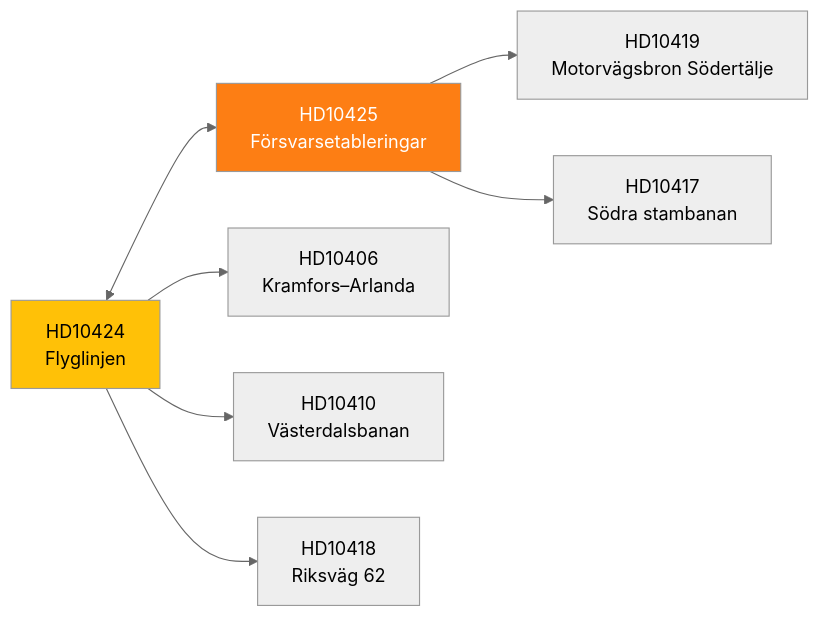
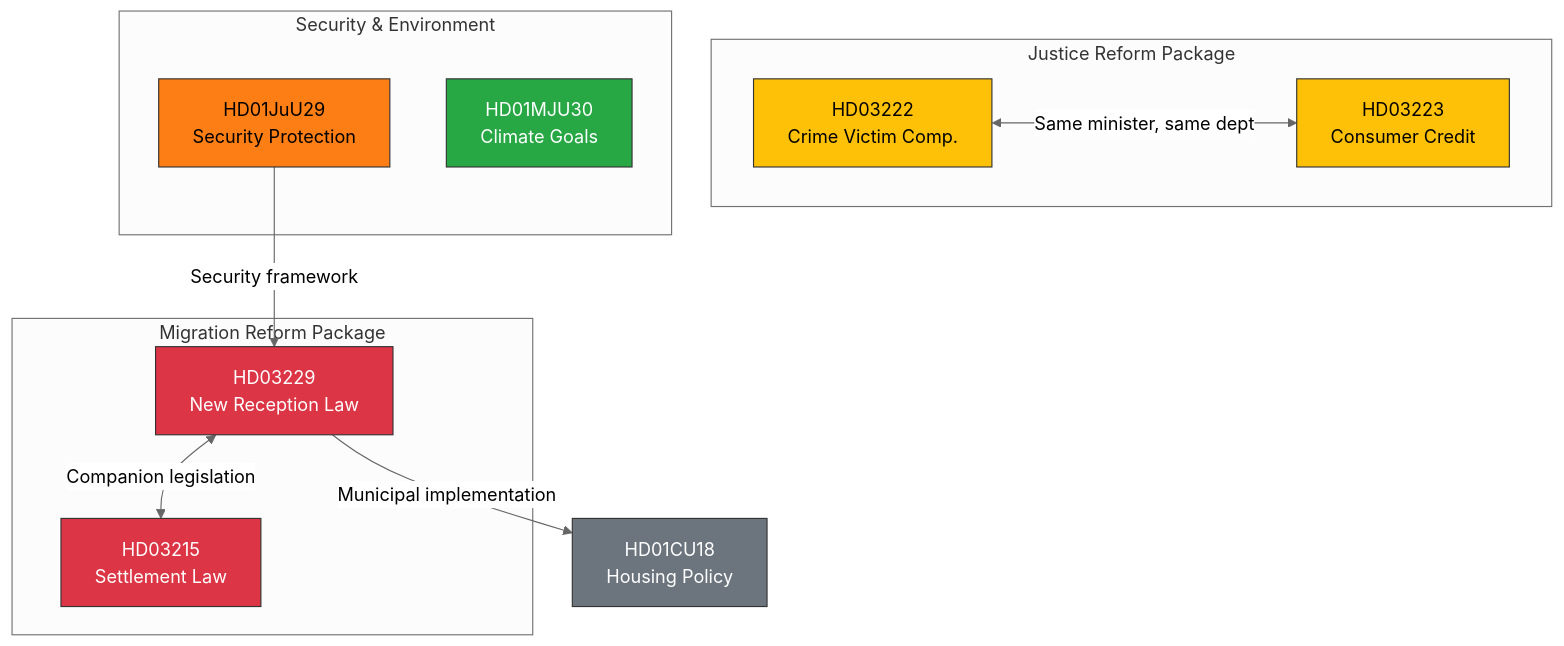
The diagram in analysis/daily/2026-03-31/cross-reference-map.md (Hack23/riksdagsmonitor), drawn with Mermaid (neutral theme) before and after one commit. The commit also changed other lines of this file and 22 other files, not shown here.

First line of the commit message:
🔴 Breaking: Sweden Launches Major Migration Reform Package - 2026-03-31

````diff
--- a/analysis/daily/2026-03-31/cross-reference-map.md
+++ b/analysis/daily/2026-03-31/cross-reference-map.md
@@ -10,12 +16,30 @@
 ```mermaid
-graph LR
-    HD10424["HD10424<br/>Flyglinjen"] <--> HD10425["HD10425<br/>Försvarsetableringar"]
-    HD10424 --> HD10406["HD10406<br/>Kramfors–Arlanda"]
-    HD10424 --> HD10410["HD10410<br/>Västerdalsbanan"]
-    HD10424 --> HD10418["HD10418<br/>Riksväg 62"]
-    HD10425 --> HD10419["HD10419<br/>Motorvägsbron Södertälje"]
-    HD10425 --> HD10417["HD10417<br/>Södra stambanan"]
+graph TD
+    subgraph "Migration Reform Package"
+        HD03229["HD03229<br/>New Reception Law"]
+        HD03215["HD03215<br/>Settlement Law"]
+    end
 
-    style HD10424 fill:#ffc107,color:#000
-    style HD10425 fill:#fd7e14,color:#fff
+    subgraph "Justice Reform Package"
+        HD03222["HD03222<br/>Crime Victim Comp."]
+        HD03223["HD03223<br/>Consumer Credit"]
+    end
+
+    subgraph "Security & Environment"
+        HD01JuU29["HD01JuU29<br/>Security Protection"]
+        HD01MJU30["HD01MJU30<br/>Climate Goals"]
+    end
+
+    HD03229 <-->|"Companion legislation"| HD03215
+    HD03222 <-->|"Same minister, same dept"| HD03223
+    HD03229 -->|"Municipal implementation"| HD01CU18["HD01CU18<br/>Housing Policy"]
+    HD01JuU29 -->|"Security framework"| HD03229
+
+    style HD03229 fill:#dc3545,stroke:#333,color:#fff
+    style HD03215 fill:#dc3545,stroke:#333,color:#fff
+    style HD03222 fill:#ffc107,stroke:#333,color:#000
+    style HD03223 fill:#ffc107,stroke:#333,color:#000
+    style HD01JuU29 fill:#fd7e14,stroke:#333,color:#000
+    style HD01MJU30 fill:#28a745,stroke:#333,color:#fff
+    style HD01CU18 fill:#6c757d,stroke:#333,color:#fff
 ```
````
